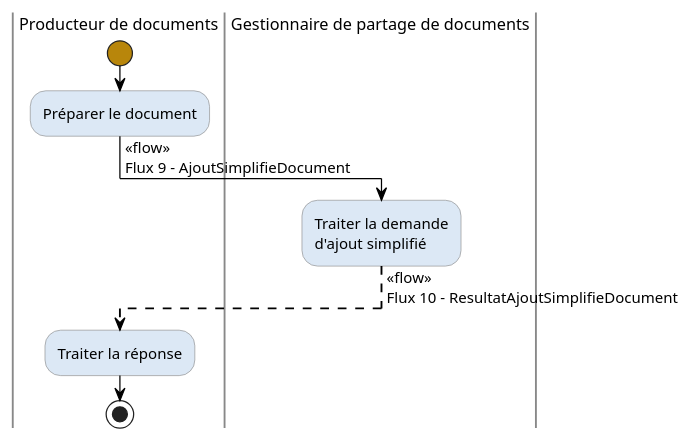
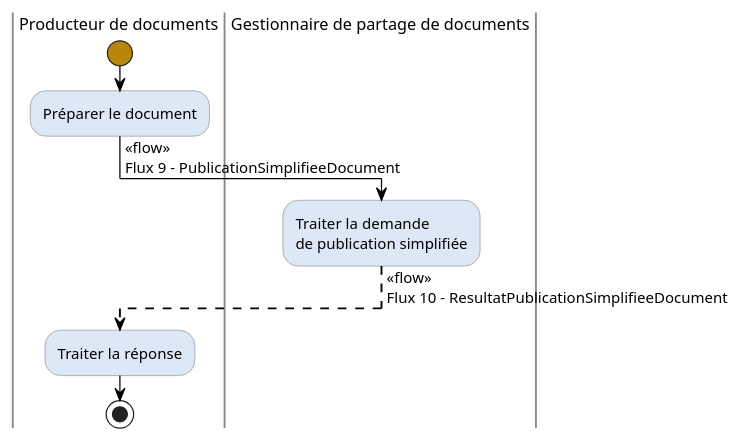
Before and after one commit to ansforge/IG-fhir-partage-de-documents-de-sante: the diagram in input/images-source/fig_17.plantuml, drawn with PlantUML. The commit also changed 12 other files, not shown here.

```diff
--- a/input/images-source/fig_17.plantuml
+++ b/input/images-source/fig_17.plantuml
@@ -1,32 +1,32 @@
 @startuml
 skinparam backgroundColor white
 skinparam DefaultFontName Arial
 skinparam DefaultFontSize 12
 
 skinparam activity {
   BackgroundColor #dce8f5
   BorderColor #888888
   FontColor #000000
   ArrowColor #000000
   StartColor #B8860B
   EndColor #B8860B
   FontSize 12
 }
 skinparam swimlane {
   BorderColor #888888
   TitleFontSize 13
   TitleFontColor #000000
   TitleBackgroundColor white
 }
 
 |Producteur de documents|
 start
 :Préparer le document;
--> <<flow>>\nFlux 9 - AjoutSimplifieDocument;
+-> <<flow>>\nFlux 9 - PublicationSimplifieeDocument;
 |Gestionnaire de partage de documents|
-:Traiter la demande\nd'ajout simplifié;
--[dashed]-> <<flow>>\nFlux 10 - ResultatAjoutSimplifieDocument;
+:Traiter la demande\nde publication simplifiée;
+-[dashed]-> <<flow>>\nFlux 10 - ResultatPublicationSimplifieeDocument;
 |Producteur de documents|
 :Traiter la réponse;
 stop
 @enduml
```
